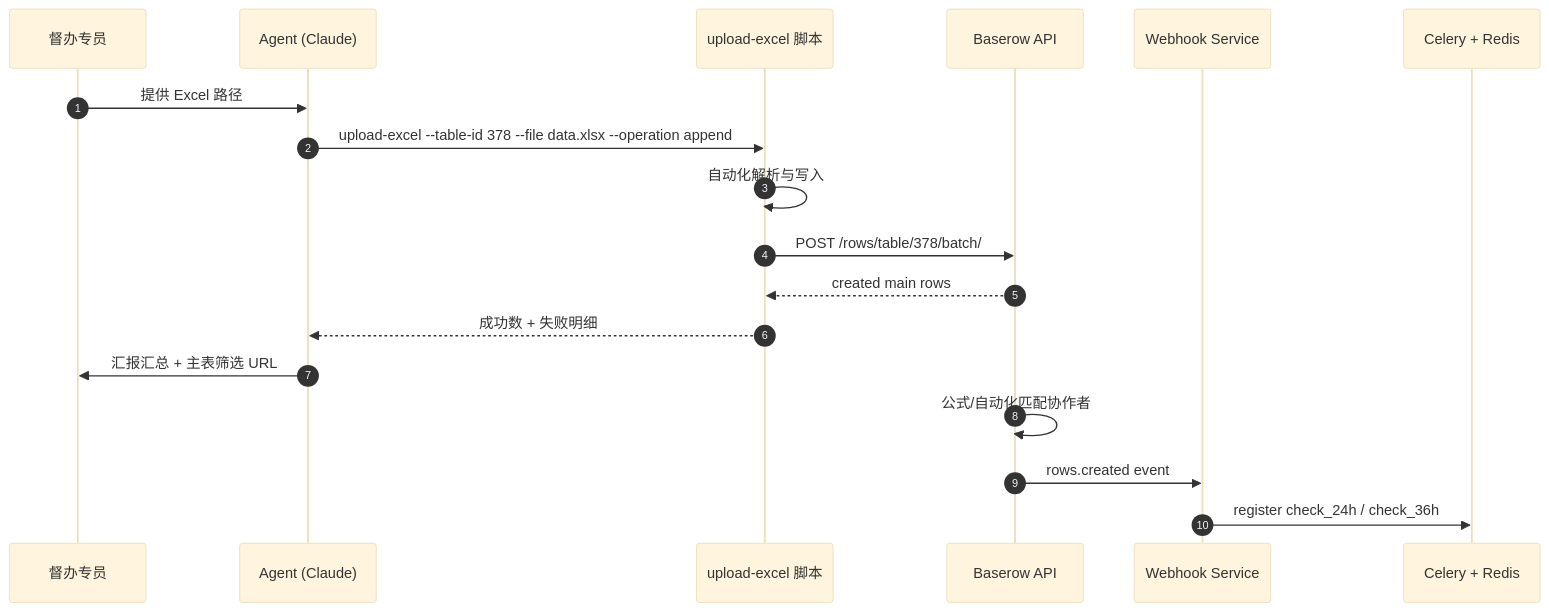
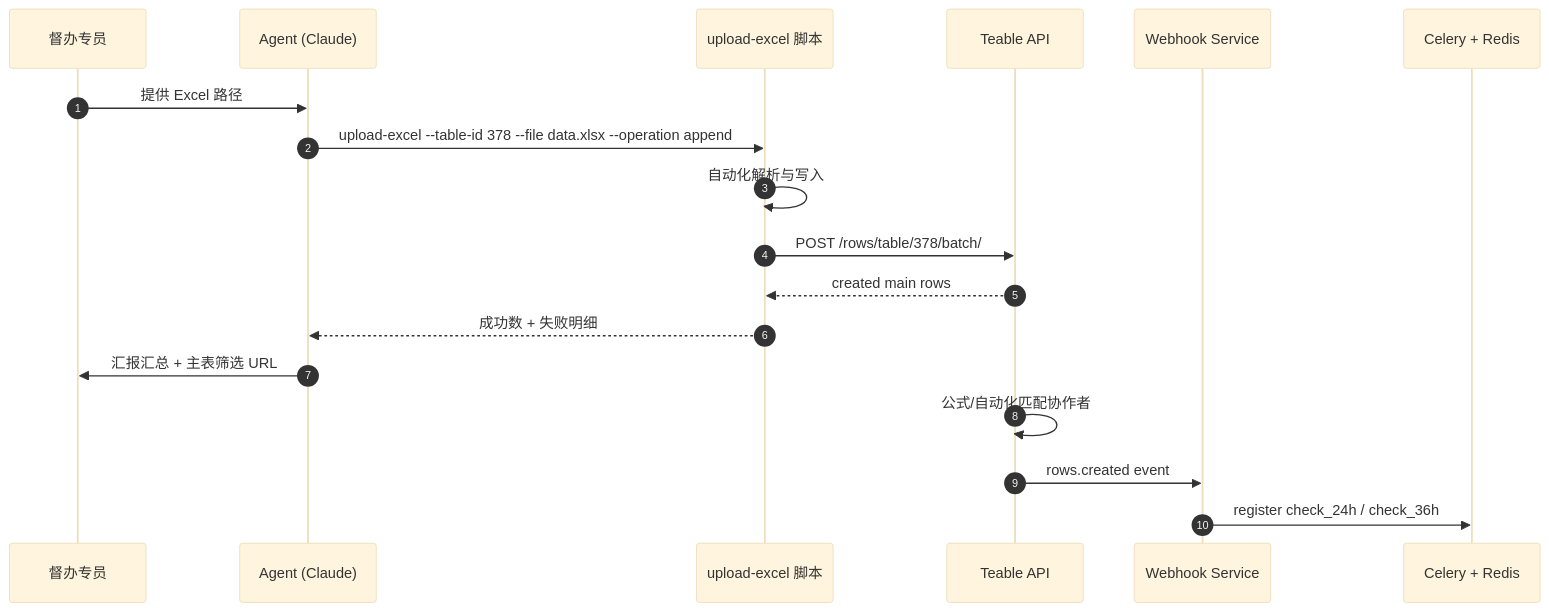
Before and after one commit to sushanglewis/WeLink: the first of 4 diagrams in issue-6/designs/supervision-collab-va/flows.md, drawn with Mermaid (base theme). The commit also changed other lines of this file and 13 other files, not shown here.

````diff
--- a/issue-6/designs/supervision-collab-va/flows.md
+++ b/issue-6/designs/supervision-collab-va/flows.md
@@ -5,21 +7,21 @@
 ```mermaid
 sequenceDiagram
     autonumber
     participant 专员 as 督办专员
     participant Agent as Agent (Claude)
     participant Script as upload-excel 脚本
-    participant Baserow as Baserow API
+    participant Teable as Teable API
     participant Webhook as Webhook Service
     participant Celery as Celery + Redis
 
     专员->>Agent: 提供 Excel 路径
     Agent->>Script: upload-excel --table-id 378 --file data.xlsx --operation append
     Script->>Script: 自动化解析与写入
-    Script->>Baserow: POST /rows/table/378/batch/
-    Baserow-->>Script: created main rows
+    Script->>Teable: POST /rows/table/378/batch/
+    Teable-->>Script: created main rows
     Script-->>Agent: 成功数 + 失败明细
     Agent->>专员: 汇报汇总 + 主表筛选 URL
-    Baserow->>Baserow: 公式/自动化匹配协作者
-    Baserow->>Webhook: rows.created event
+    Teable->>Teable: 公式/自动化匹配协作者
+    Teable->>Webhook: rows.created event
     Webhook->>Celery: register check_24h / check_36h
 ```
````
